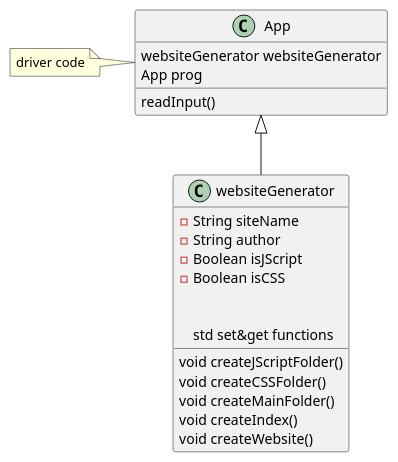
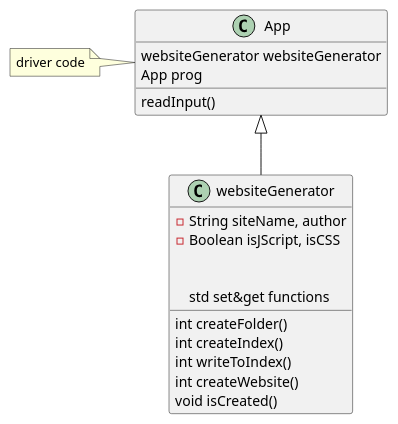
One commit to arkaik2k01/nobrega-cop3330-assignment3 changed the diagram in src/main/java/Assignments/ex43/diagram.puml. Above: the diagram before and after it, drawn with PlantUML. The commit also changed 1 other file, not shown here.

Commit message:
Website generator done. Need driver code

```diff
--- a/src/main/java/Assignments/ex43/diagram.puml
+++ b/src/main/java/Assignments/ex43/diagram.puml
@@ -1,29 +1,27 @@
 @startuml
 'https://plantuml.com/class-diagram
 
 class App {
     websiteGenerator websiteGenerator
     App prog
 
     readInput()
 }
 
 note left: driver code
 
 App <|-- websiteGenerator
 
 class websiteGenerator {
-    -String siteName
-    -String author
-    -Boolean isJScript
-    -Boolean isCSS
+    -String siteName, author
+    -Boolean isJScript, isCSS
 
-    void createJScriptFolder()
-    void createCSSFolder()
-    void createMainFolder()
-    void createIndex()
-    void createWebsite()
+    int createFolder()
+    int createIndex()
+    int writeToIndex()
+    int createWebsite()
+    void isCreated()
 
     std set&get functions
 }
 @enduml
```
